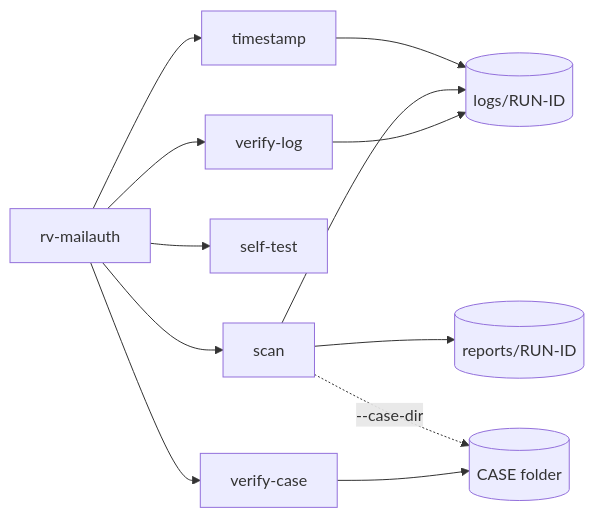
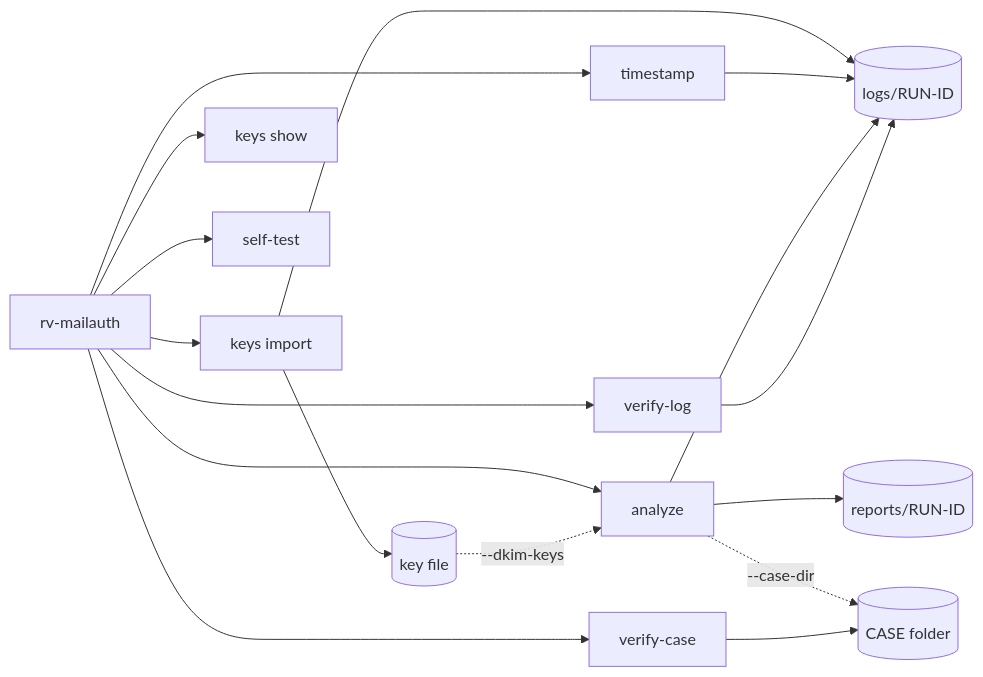
The diagram in docs/usage-cli.md (Panacota96/rv-mailauth), drawn with Mermaid before and after one commit. The commit also changed other lines of this file and 101 other files, not shown here.

````diff
--- a/docs/usage-cli.md
+++ b/docs/usage-cli.md
@@ -5,14 +5,19 @@
 ```mermaid
 flowchart LR
-  A[rv-mailauth] --> B[scan]
+  A[rv-mailauth] --> B[analyze]
+  A --> KI[keys import]
+  A --> KS[keys show]
+  KI --> KF[(key file)]
+  KI --> E
+  KF -. --dkim-keys .-> B
   A --> C[verify-log]
   A --> D[self-test]
   A --> T[timestamp]
   A --> V[verify-case]
   T --> E
   B --> E[(logs/RUN-ID)]
   B --> F[(reports/RUN-ID)]
   B -. --case-dir .-> K[(CASE folder)]
   V --> K
   C --> E
 ```
````
